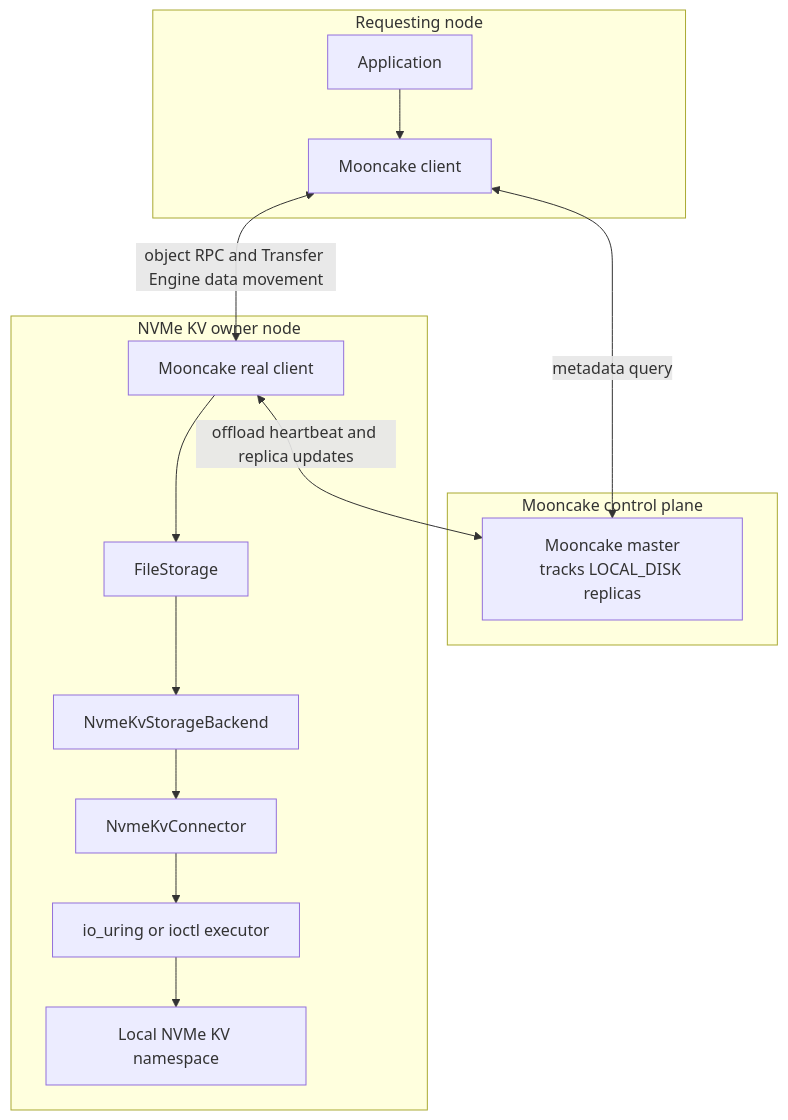
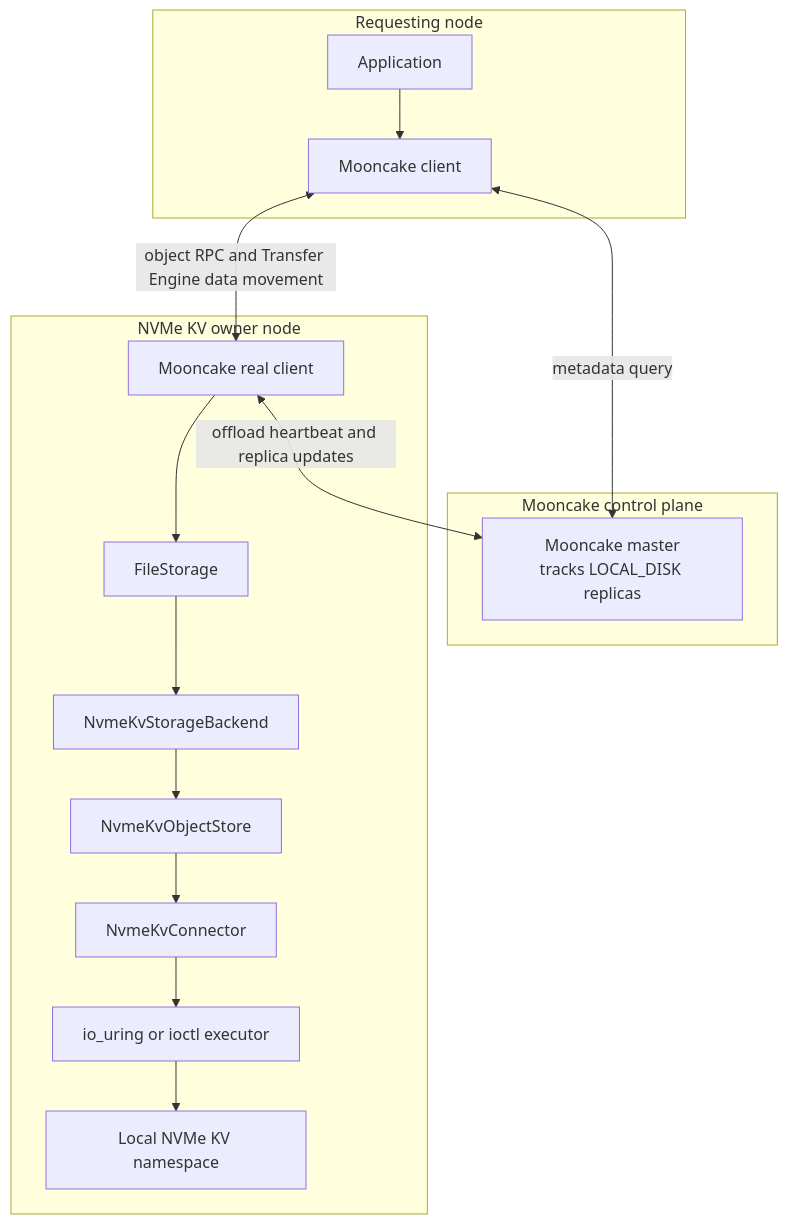
One commit to kvcache-ai/Mooncake changed the first of 3 diagrams in docs/source/design/store/nvme-kv-backend.md. Above: the diagram before and after it, drawn with Mermaid. The commit also changed other lines of this file and 14 other files, not shown here.

First line of the commit message:
[Store] Extract NVMe KV object storage in place

````diff
--- a/docs/source/design/store/nvme-kv-backend.md
+++ b/docs/source/design/store/nvme-kv-backend.md
@@ -20,27 +25,28 @@
 ```mermaid
 flowchart TB
     subgraph Control["Mooncake control plane"]
         Master["Mooncake master\ntracks LOCAL_DISK replicas"]
     end
 
     subgraph Requester["Requesting node"]
         App["Application"]
         RequestClient["Mooncake client"]
         App --> RequestClient
     end
 
     subgraph Owner["NVMe KV owner node"]
         RealClient["Mooncake real client"]
         FileStorage["FileStorage"]
         Backend["NvmeKvStorageBackend"]
+        ObjectStore["NvmeKvObjectStore"]
         Connector["NvmeKvConnector"]
         Executor["io_uring or ioctl executor"]
         Device["Local NVMe KV namespace"]
 
-        RealClient --> FileStorage --> Backend --> Connector --> Executor --> Device
+        RealClient --> FileStorage --> Backend --> ObjectStore --> Connector --> Executor --> Device
     end
 
     RequestClient <-->|"metadata query"| Master
     RealClient <-->|"offload heartbeat and replica updates"| Master
     RequestClient <-->|"object RPC and Transfer Engine data movement"| RealClient
 ```
````
